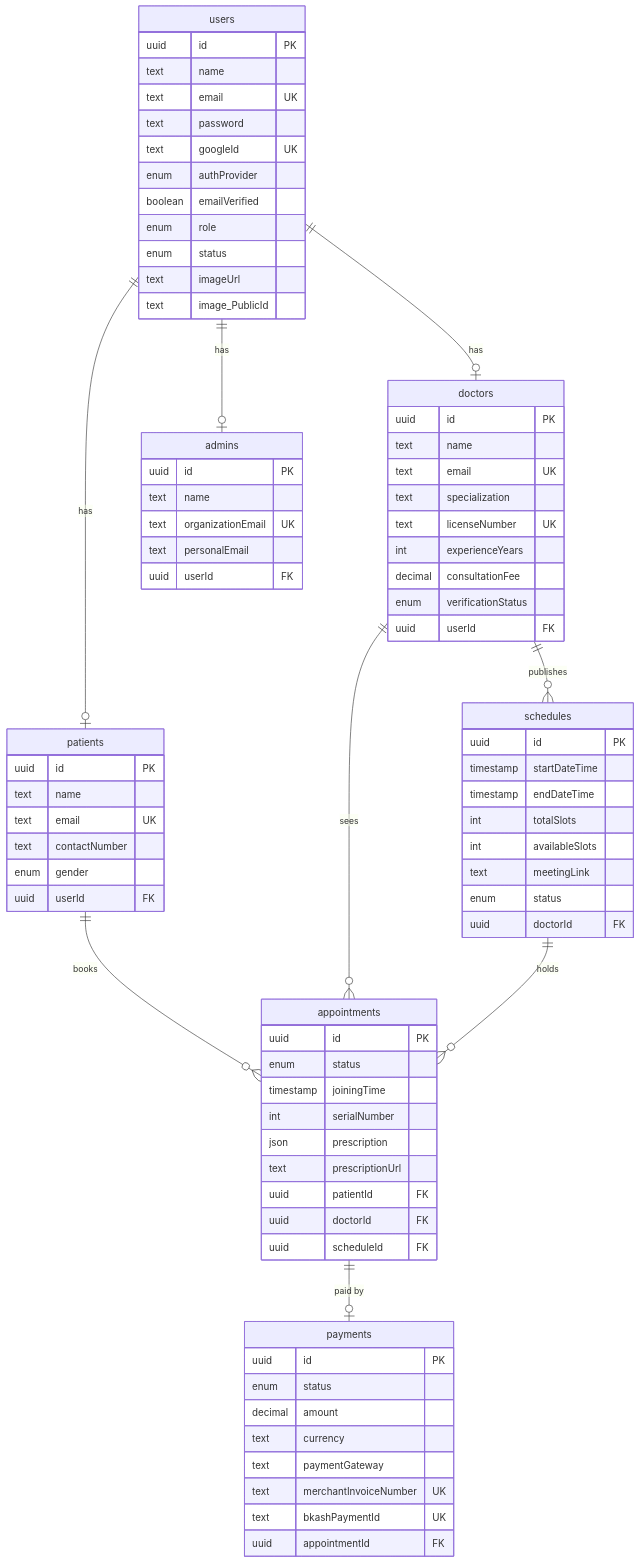
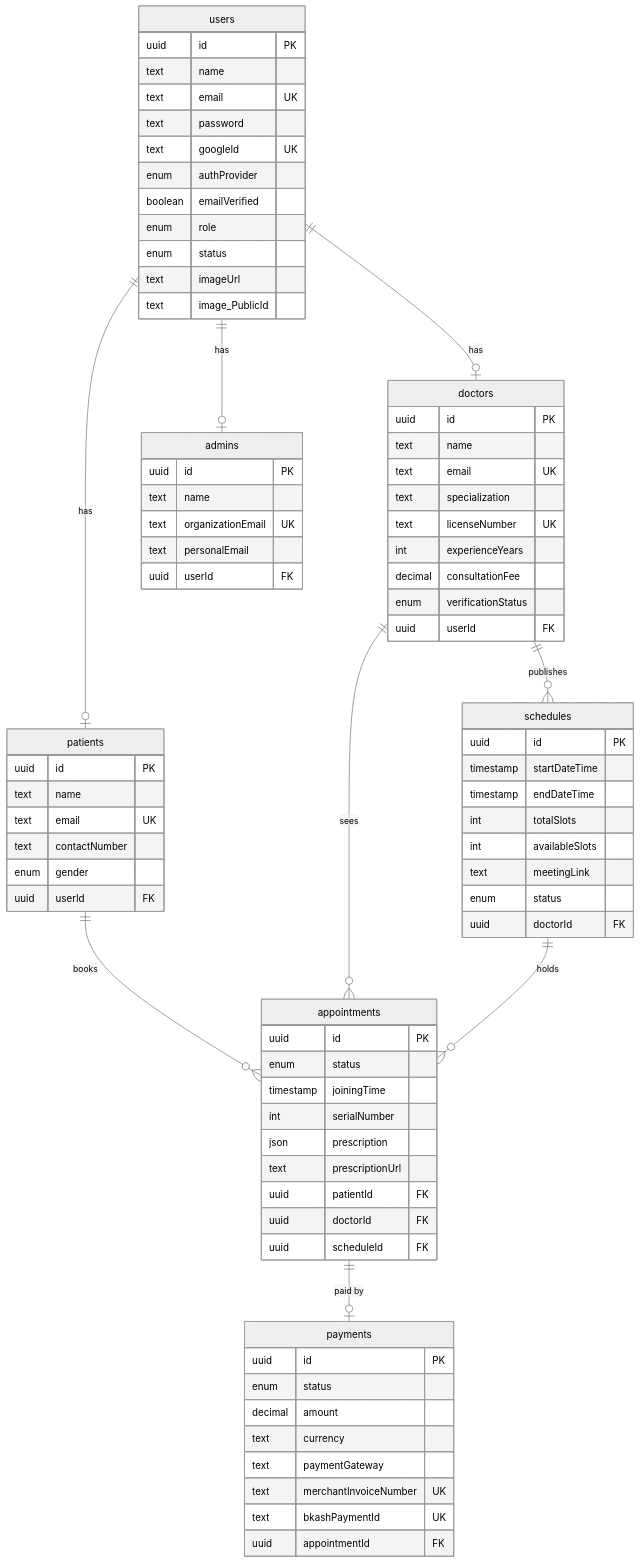
One commit to kaziashik/PH-Healthcare-Backend changed the fifth of 5 diagrams in README.md. Above: the diagram before and after it, drawn with Mermaid. The commit also changed other lines of this file, not shown here.

````diff
--- a/README.md
+++ b/README.md
@@ -100,4 +185,5 @@
 ```mermaid
+%%{init: {'theme':'neutral'}}%%
 erDiagram
     users ||--o| patients : "has"
     users ||--o| doctors : "has"
````
